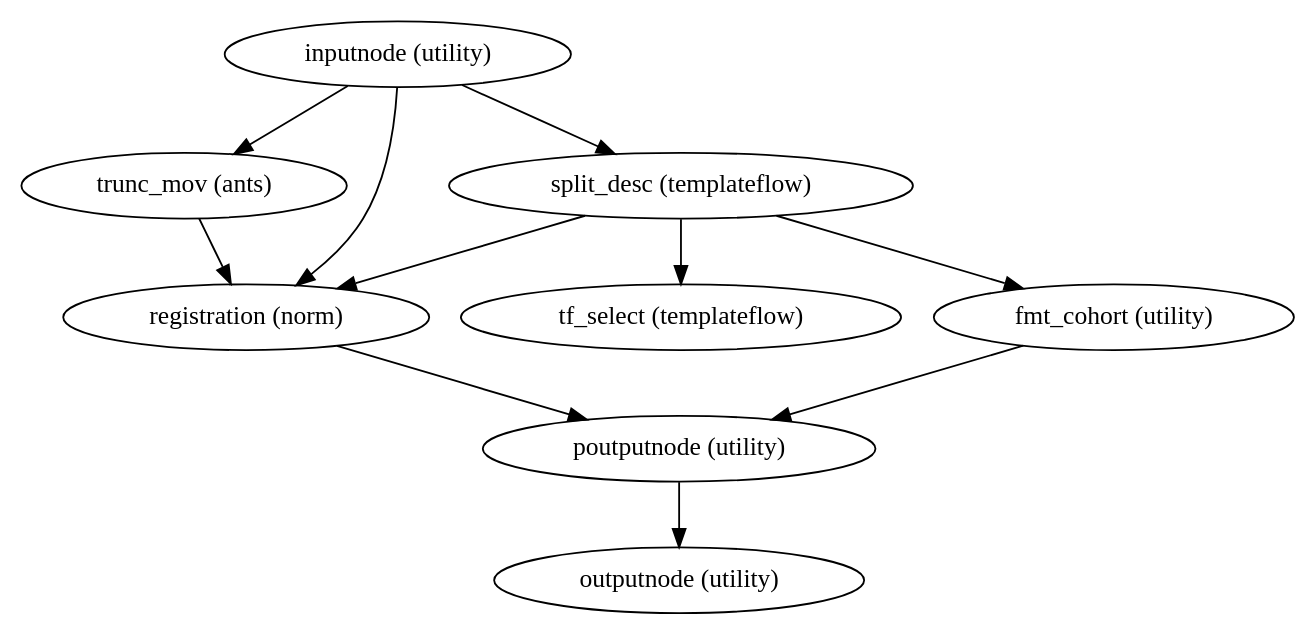
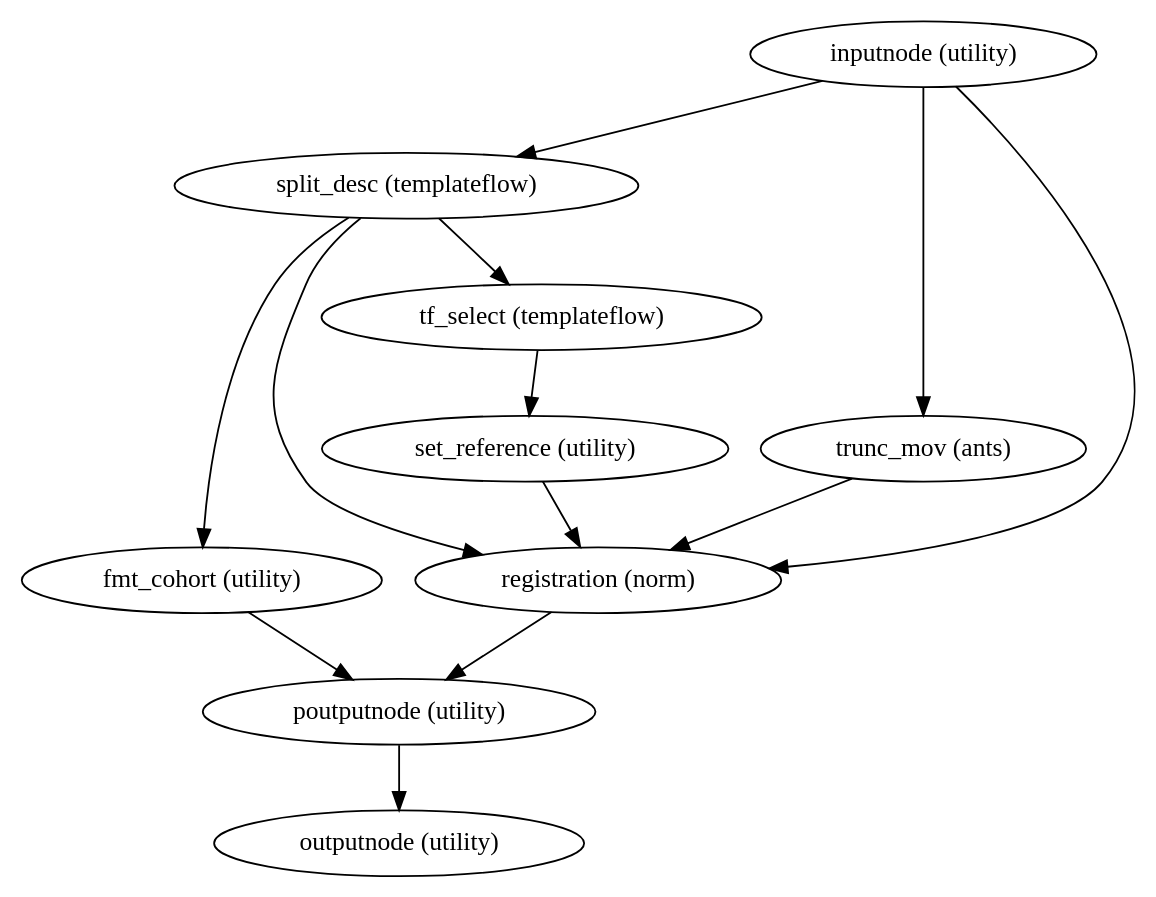
Before and after one commit to nipreps/smriprep: the diagram in 0.13.2/wf_directive/api/register_template_wf/smriprep-workflows-fit-registration-1.dot, drawn with Graphviz. The commit also changed 4413 other files, not shown here.

```diff
--- a/0.13.2/wf_directive/api/register_template_wf/smriprep-workflows-fit-registration-1.dot
+++ b/0.13.2/wf_directive/api/register_template_wf/smriprep-workflows-fit-registration-1.dot
@@ -1,20 +1,23 @@
 strict digraph {
 "poutputnode (utility)";
 "outputnode (utility)";
 "inputnode (utility)";
 "split_desc (templateflow)";
 "trunc_mov (ants)";
 "registration (norm)";
 "tf_select (templateflow)";
 "fmt_cohort (utility)";
+"set_reference (utility)";
 "poutputnode (utility)" -> "outputnode (utility)";
 "inputnode (utility)" -> "split_desc (templateflow)";
 "inputnode (utility)" -> "trunc_mov (ants)";
 "inputnode (utility)" -> "registration (norm)";
 "split_desc (templateflow)" -> "tf_select (templateflow)";
 "split_desc (templateflow)" -> "registration (norm)";
 "split_desc (templateflow)" -> "fmt_cohort (utility)";
 "trunc_mov (ants)" -> "registration (norm)";
 "registration (norm)" -> "poutputnode (utility)";
+"tf_select (templateflow)" -> "set_reference (utility)";
 "fmt_cohort (utility)" -> "poutputnode (utility)";
+"set_reference (utility)" -> "registration (norm)";
 }
```
